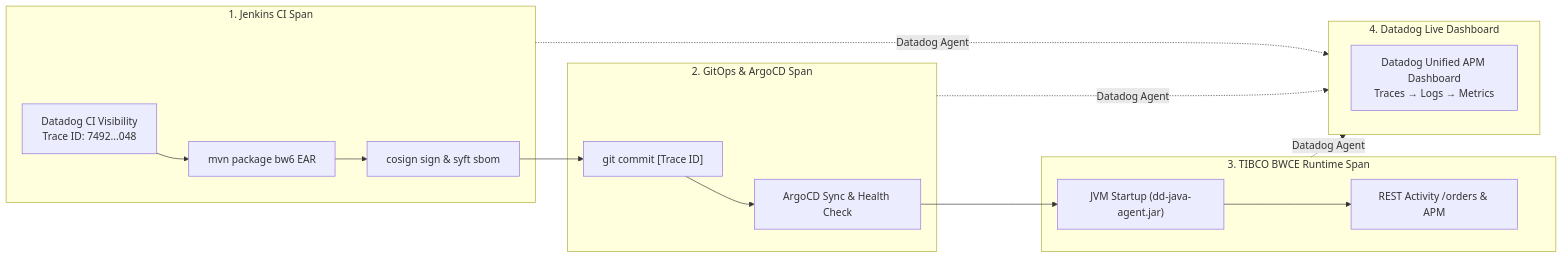
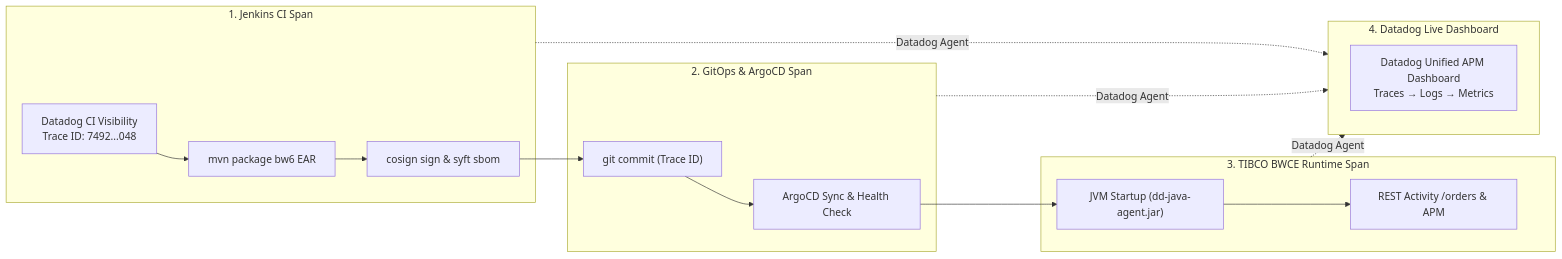
One commit to nubenetes/jenkins-without-git-parameter-bwce changed diagram 15 of 15 in README.md. Above: the diagram before and after it, drawn with Mermaid. The commit also changed other lines of this file, not shown here.

Commit message:
fix(gfm): clean details/summary spacing and escape square brackets in mermaid nodes to ensure seamless unfolding on GitHub

````diff
--- a/README.md
+++ b/README.md
@@ -932,29 +917,29 @@
 ```mermaid
 flowchart LR
     subgraph PipelineSpan["1. Jenkins CI Span"]
         JTrace["Datadog CI Visibility<br/>Trace ID: 7492...048"]
         JBuild["mvn package bw6 EAR"]
         JSign["cosign sign & syft sbom"]
     end
 
     subgraph GitOpsSpan["2. GitOps & ArgoCD Span"]
-        GCommit["git commit [Trace ID]"]
+        GCommit["git commit (Trace ID)"]
         ASync["ArgoCD Sync & Health Check"]
     end
 
     subgraph AppRuntimeSpan["3. TIBCO BWCE Runtime Span"]
         AppStart["JVM Startup (dd-java-agent.jar)"]
         HTTPReq["REST Activity /orders & APM"]
     end
 
     subgraph UnifiedDatadog["4. Datadog Live Dashboard"]
         DDDash["Datadog Unified APM Dashboard<br/>Traces → Logs → Metrics"]
     end
 
     JTrace --> JBuild --> JSign
     JSign --> GCommit --> ASync
     ASync --> AppStart --> HTTPReq
     PipelineSpan -.->|"Datadog Agent"| UnifiedDatadog
     GitOpsSpan -.->|"Datadog Agent"| UnifiedDatadog
     AppRuntimeSpan -.->|"Datadog Agent"| UnifiedDatadog
 ```
````
